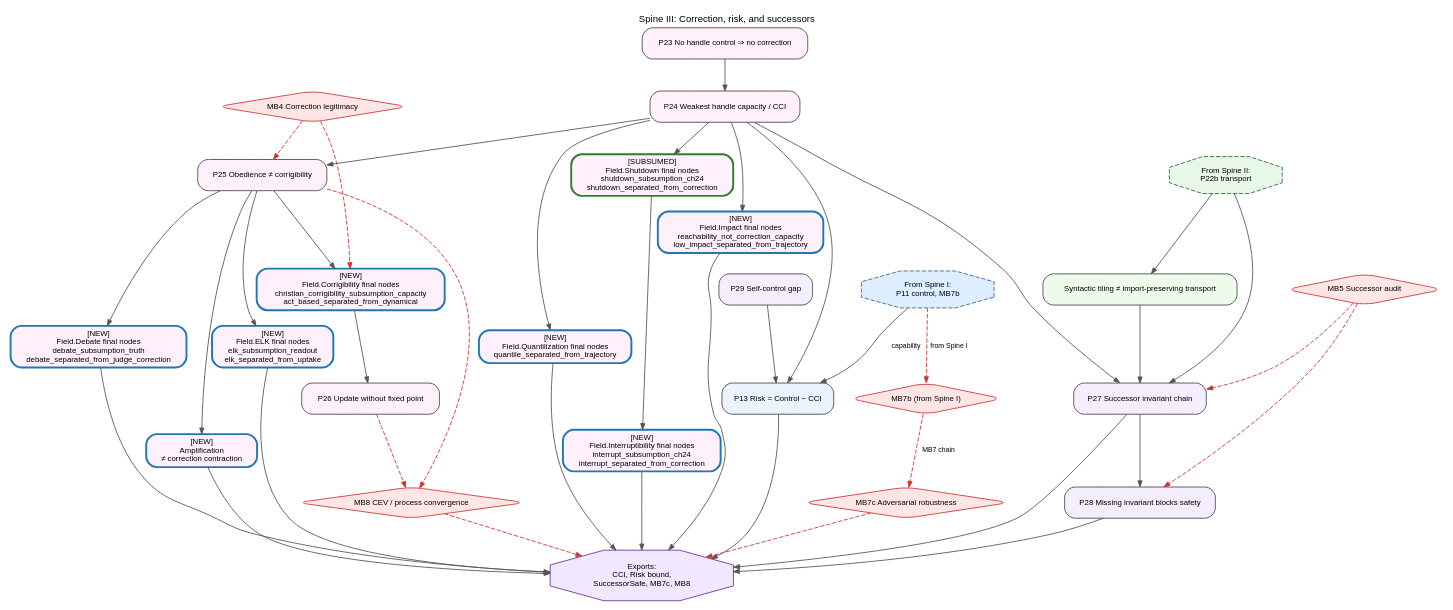
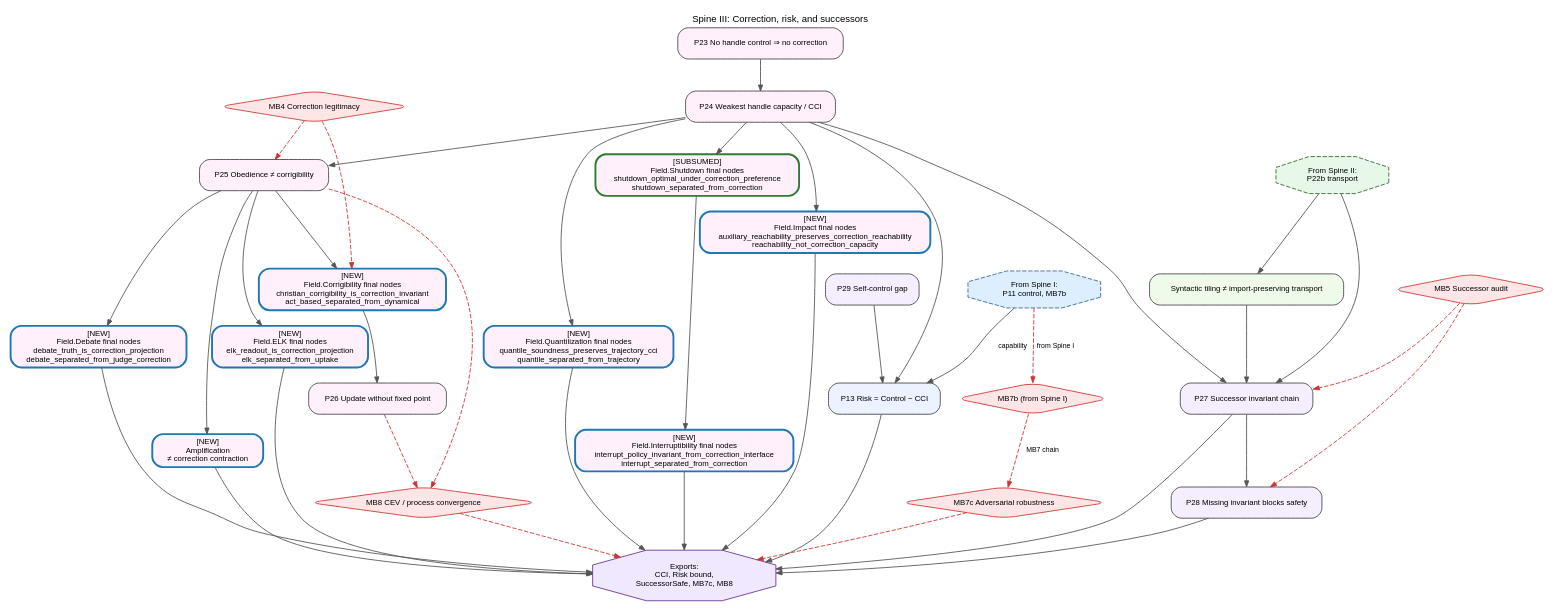
One commit to GunnarZarncke/towards-asi-alignment changed the diagram in context/lean_proof_graphs/03-correction-successors.dot. Above: the diagram before and after it, drawn with Graphviz. The commit also changed 29 other files, not shown here.

```diff
--- a/context/lean_proof_graphs/03-correction-successors.dot
+++ b/context/lean_proof_graphs/03-correction-successors.dot
@@ -1,82 +1,82 @@
 digraph Spine03CorrectionSuccessors {
   graph [
     rankdir=TB,
     bgcolor="white",
     splines=true,
     overlap=false,
     fontsize=11,
     fontname="Helvetica",
     label="Spine III: Correction, risk, and successors",
     labelloc="t"
   ];
   node [shape=box, style="rounded,filled", fontname="Helvetica", fontsize=9, color="#444444"];
   edge [fontname="Helvetica", fontsize=8, color="#555555", arrowsize=0.7];
 
   P23 [label="P23 No handle control ⇒ no correction", fillcolor="#FFF0FB"];
   P24 [label="P24 Weakest handle capacity / CCI", fillcolor="#FFF0FB"];
-  FSHUT [label="[SUBSUMED]\nField.Shutdown final nodes\nshutdown_subsumption_ch24\nshutdown_separated_from_correction", fillcolor="#FFF0FB", color="#2E7D32", penwidth=2.2];
-  FINT [label="[NEW]\nField.Interruptibility final nodes\ninterrupt_subsumption_ch24\ninterrupt_separated_from_correction", fillcolor="#FFF0FB", color="#1F77B4", penwidth=2.2];
-  FIMPACT [label="[NEW]\nField.Impact final nodes\nreachability_not_correction_capacity\nlow_impact_separated_from_trajectory", fillcolor="#FFF0FB", color="#1F77B4", penwidth=2.2];
-  FQUANT [label="[NEW]\nField.Quantilization final nodes\nquantile_separated_from_trajectory", fillcolor="#FFF0FB", color="#1F77B4", penwidth=2.2];
+  FSHUT [label="[SUBSUMED]\nField.Shutdown final nodes\nshutdown_optimal_under_correction_preference\nshutdown_separated_from_correction", fillcolor="#FFF0FB", color="#2E7D32", penwidth=2.2];
+  FINT [label="[NEW]\nField.Interruptibility final nodes\ninterrupt_policy_invariant_from_correction_interface\ninterrupt_separated_from_correction", fillcolor="#FFF0FB", color="#1F77B4", penwidth=2.2];
+  FIMPACT [label="[NEW]\nField.Impact final nodes\nauxiliary_reachability_preserves_correction_reachability\nreachability_not_correction_capacity", fillcolor="#FFF0FB", color="#1F77B4", penwidth=2.2];
+  FQUANT [label="[NEW]\nField.Quantilization final nodes\nquantile_soundness_preserves_trajectory_cci\nquantile_separated_from_trajectory", fillcolor="#FFF0FB", color="#1F77B4", penwidth=2.2];
   P25 [label="P25 Obedience ≠ corrigibility", fillcolor="#FFF0FB"];
-  FCORR [label="[NEW]\nField.Corrigibility final nodes\nchristian_corrigibility_subsumption_capacity\nact_based_separated_from_dynamical", fillcolor="#FFF0FB", color="#1F77B4", penwidth=2.2];
-  FDEB [label="[NEW]\nField.Debate final nodes\ndebate_subsumption_truth\ndebate_separated_from_judge_correction", fillcolor="#FFF0FB", color="#1F77B4", penwidth=2.2];
+  FCORR [label="[NEW]\nField.Corrigibility final nodes\nchristian_corrigibility_is_correction_invariant\nact_based_separated_from_dynamical", fillcolor="#FFF0FB", color="#1F77B4", penwidth=2.2];
+  FDEB [label="[NEW]\nField.Debate final nodes\ndebate_truth_is_correction_projection\ndebate_separated_from_judge_correction", fillcolor="#FFF0FB", color="#1F77B4", penwidth=2.2];
   P25A [label="[NEW]\nAmplification\n≠ correction contraction", fillcolor="#FFF0FB", color="#1F77B4", penwidth=2.2];
-  FELK [label="[NEW]\nField.ELK final nodes\nelk_subsumption_readout\nelk_separated_from_uptake", fillcolor="#FFF0FB", color="#1F77B4", penwidth=2.2];
+  FELK [label="[NEW]\nField.ELK final nodes\nelk_readout_is_correction_projection\nelk_separated_from_uptake", fillcolor="#FFF0FB", color="#1F77B4", penwidth=2.2];
   P26 [label="P26 Update without fixed point", fillcolor="#FFF0FB"];
   P13 [label="P13 Risk = Control − CCI", fillcolor="#EAF3FF"];
   P29 [label="P29 Self-control gap", fillcolor="#F4EEFF"];
   P27 [label="P27 Successor invariant chain", fillcolor="#F4EEFF"];
   P28 [label="P28 Missing invariant blocks safety", fillcolor="#F4EEFF"];
   P22T [label="Syntactic tiling ≠ import-preserving transport", fillcolor="#EFFBEA"];
 
   MB4 [shape=diamond, fillcolor="#FFE6E6", color="#CC3333", label="MB4 Correction legitimacy"];
   MB5 [shape=diamond, fillcolor="#FFE6E6", color="#CC3333", label="MB5 Successor audit"];
   MB7b [shape=diamond, fillcolor="#FFE6E6", color="#CC3333", label="MB7b (from Spine I)"];
   MB7c [shape=diamond, fillcolor="#FFE6E6", color="#CC3333", label="MB7c Adversarial robustness"];
   MB8 [shape=diamond, fillcolor="#FFE6E6", color="#CC3333", label="MB8 CEV / process convergence"];
 
   IN_VB [shape=octagon, style="filled,dashed", fillcolor="#E8F8E8", color="#336633",
          label="From Spine II:\nP22b transport"];
   IN_BND [shape=octagon, style="filled,dashed", fillcolor="#DDEEFF", color="#336699",
           label="From Spine I:\nP11 control, MB7b"];
 
   OUT [shape=octagon, style="filled", fillcolor="#F0E8FF", color="#663399",
        label="Exports:\nCCI, Risk bound,\nSuccessorSafe, MB7c, MB8"];
 
   IN_VB -> P22T -> P27;
   IN_VB -> P27;
   P23 -> P24 -> FSHUT;
   FSHUT -> FINT;
   P24 -> FIMPACT;
   P24 -> FQUANT;
   P24 -> P25 -> FCORR -> P26;
   P25 -> FDEB;
   P25 -> P25A;
   P25 -> FELK;
   P24 -> P13;
   P24 -> P27 -> P28;
   IN_BND -> P13 [label="capability"];
   P29 -> P13;
 
   MB4 -> P25 [style=dashed, color="#CC3333"];
   MB4 -> FCORR [style=dashed, color="#CC3333"];
   MB5 -> P27 [style=dashed, color="#CC3333"];
   MB5 -> P28 [style=dashed, color="#CC3333"];
   P25 -> MB8 [style=dashed, color="#CC3333"];
   P26 -> MB8 [style=dashed, color="#CC3333"];
 
   IN_BND -> MB7b [style=dashed, color="#CC3333", label="from Spine I"];
   MB7b -> MB7c [style=dashed, color="#CC3333", label="MB7 chain"];
   MB7c -> OUT [style=dashed, color="#CC3333"];
   P13 -> OUT;
   FINT -> OUT;
   FIMPACT -> OUT;
   FQUANT -> OUT;
   FDEB -> OUT;
   P25A -> OUT;
   FELK -> OUT;
   P27 -> OUT;
   P28 -> OUT;
   MB8 -> OUT [style=dashed, color="#CC3333"];
 }
```
